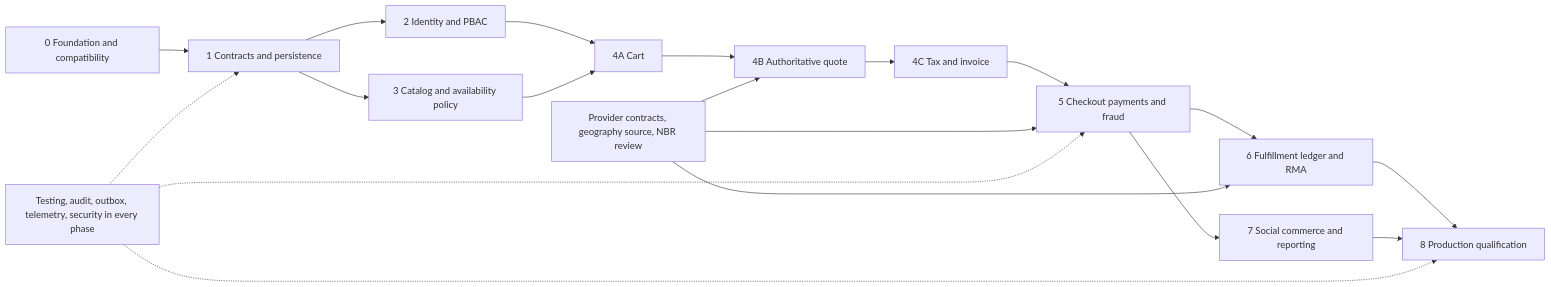
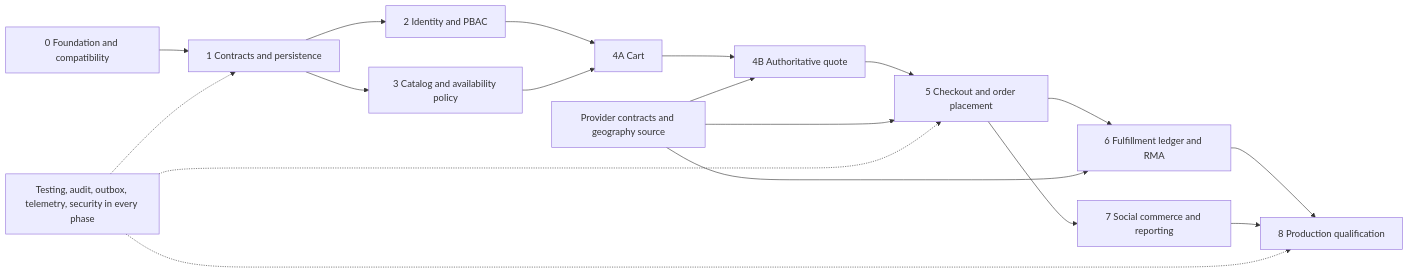
The diagram in docs/architecture/ecommerce-implementation-roadmap.md (aarajops/aaraj), drawn with Mermaid before and after one commit. The commit also changed other lines of this file and 42 other files, not shown here.

````diff
--- a/docs/architecture/ecommerce-implementation-roadmap.md
+++ b/docs/architecture/ecommerce-implementation-roadmap.md
@@ -40,21 +40,20 @@
 ```mermaid
 flowchart LR
   P0["0 Foundation and compatibility"] --> P1["1 Contracts and persistence"]
   P1 --> P2["2 Identity and PBAC"]
   P1 --> P3["3 Catalog and availability policy"]
   P2 --> P4A["4A Cart"]
   P3 --> P4A
   P4A --> P4B["4B Authoritative quote"]
-  P4B --> P4C["4C Tax and invoice"]
-  P4C --> P5["5 Checkout payments and fraud"]
+  P4B --> P5["5 Checkout and order placement"]
   P5 --> P6["6 Fulfillment ledger and RMA"]
   P5 --> P7["7 Social commerce and reporting"]
   P6 --> P8["8 Production qualification"]
   P7 --> P8
-  X["Provider contracts, geography source, NBR review"] --> P4B
+  X["Provider contracts and geography source"] --> P4B
   X --> P5
   X --> P6
   Y["Testing, audit, outbox, telemetry, security in every phase"] -.-> P1
   Y -.-> P5
   Y -.-> P8
 ```
````
